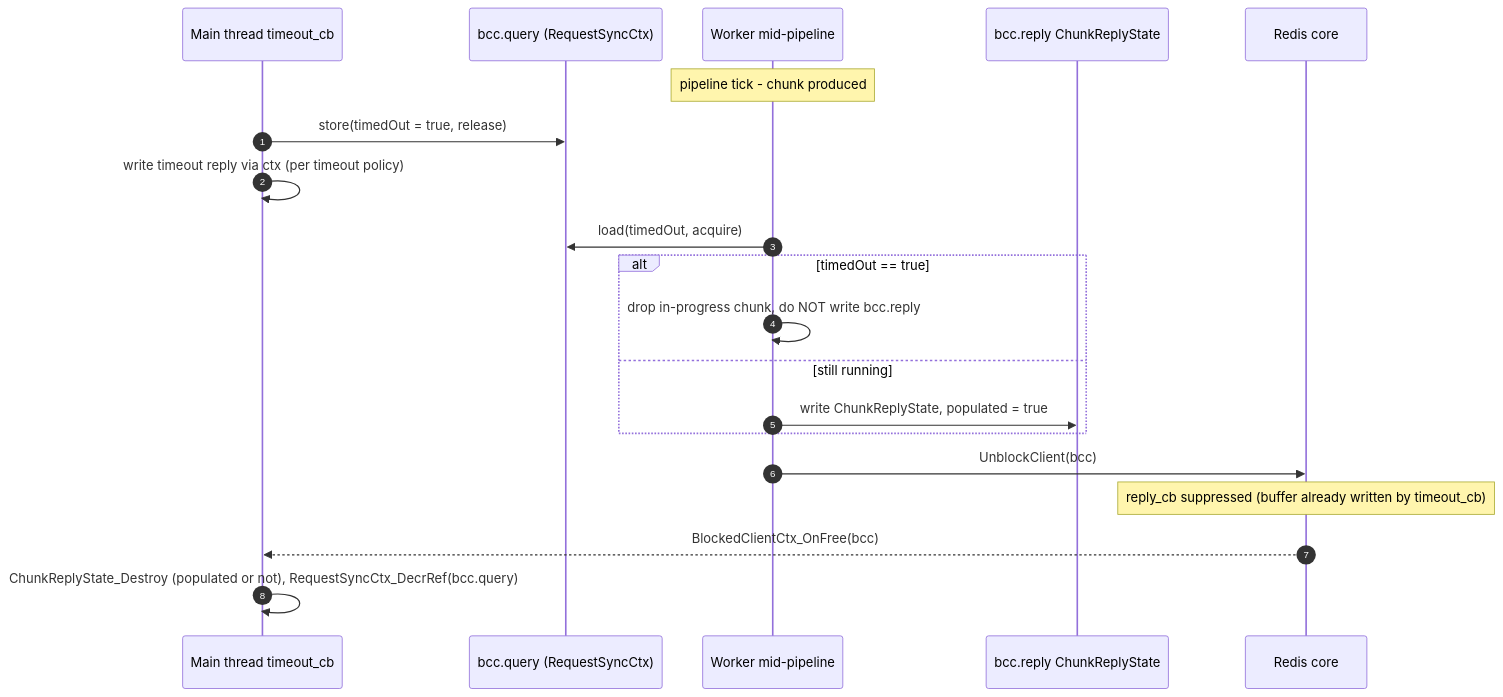
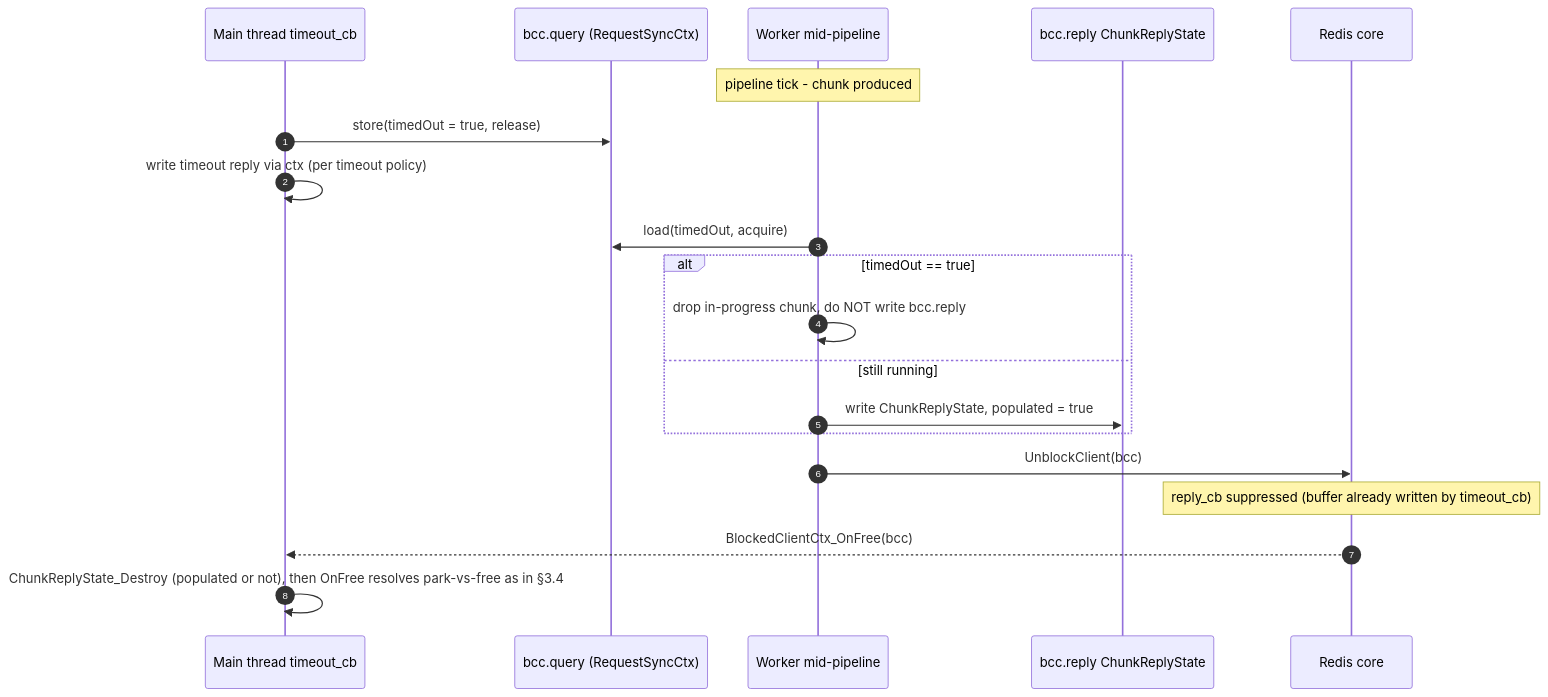
The fifth of 5 diagrams in docs/design/blocked_client_refactor.md (RediSearch/RediSearch), drawn with Mermaid before and after one commit. The commit also changed other lines of this file and 1 other file, not shown here.

````diff
--- a/docs/design/blocked_client_refactor.md
+++ b/docs/design/blocked_client_refactor.md
@@ -789,23 +812,23 @@
 ```mermaid
 sequenceDiagram
   autonumber
   participant Main as Main thread timeout_cb
   participant Sync as bcc.query (RequestSyncCtx)
   participant Worker as Worker mid-pipeline
   participant Reply as bcc.reply ChunkReplyState
   participant Redis as Redis core
 
   Note over Worker: pipeline tick - chunk produced
   Main->>Sync: store(timedOut = true, release)
   Main->>Main: write timeout reply via ctx (per timeout policy)
   Worker->>Sync: load(timedOut, acquire)
   alt timedOut == true
     Worker->>Worker: drop in-progress chunk, do NOT write bcc.reply
   else still running
     Worker->>Reply: write ChunkReplyState, populated = true
   end
   Worker->>Redis: UnblockClient(bcc)
   Note over Redis: reply_cb suppressed (buffer already written by timeout_cb)
   Redis-->>Main: BlockedClientCtx_OnFree(bcc)
-  Main->>Main: ChunkReplyState_Destroy (populated or not), RequestSyncCtx_DecrRef(bcc.query)
+  Main->>Main: ChunkReplyState_Destroy (populated or not), then OnFree resolves park-vs-free as in §3.4
 ```
````
